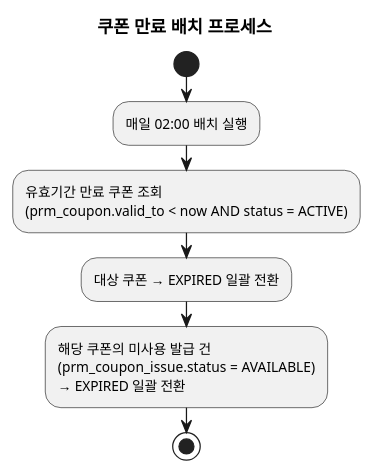
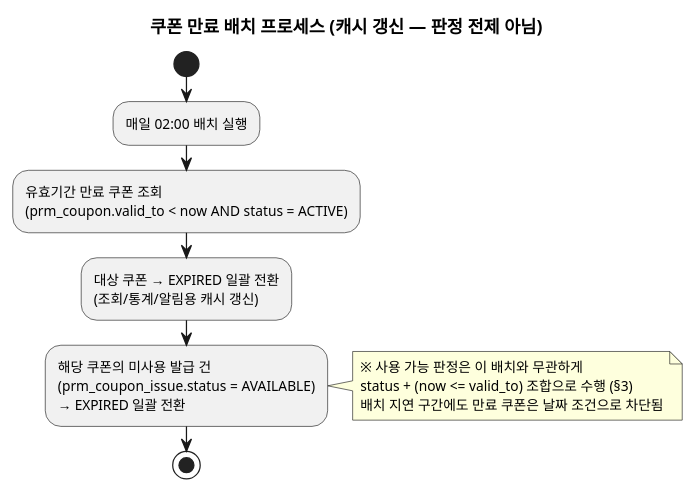
Before and after one commit to parknahyun/runNShop: the sixth of 8 diagrams in docs/자산화-단계별/S2-구조설계/DH-비즈니스프로세스(Promotion).md, drawn with PlantUML. The commit also changed other lines of this file and 4 other files, not shown here.

````diff
--- a/docs/자산화-단계별/S2-구조설계/DH-비즈니스프로세스(Promotion).md
+++ b/docs/자산화-단계별/S2-구조설계/DH-비즈니스프로세스(Promotion).md
@@ -252,16 +264,21 @@
 ```plantuml
 @startuml
 skinparam backgroundColor transparent
 skinparam defaultFontSize 11
-title 쿠폰 만료 배치 프로세스
+title 쿠폰 만료 배치 프로세스 (캐시 갱신 — 판정 전제 아님)
 
 |시스템(배치)|
 start
 :매일 02:00 배치 실행;
 :유효기간 만료 쿠폰 조회\n(prm_coupon.valid_to < now AND status = ACTIVE);
-:대상 쿠폰 → EXPIRED 일괄 전환;
+:대상 쿠폰 → EXPIRED 일괄 전환\n(조회/통계/알림용 캐시 갱신);
 :해당 쿠폰의 미사용 발급 건\n(prm_coupon_issue.status = AVAILABLE)\n→ EXPIRED 일괄 전환;
+note right
+  ※ 사용 가능 판정은 이 배치와 무관하게
+  status + (now <= valid_to) 조합으로 수행 (§3)
+  배치 지연 구간에도 만료 쿠폰은 날짜 조건으로 차단됨
+end note
 stop
 
 @enduml
 ```
````
